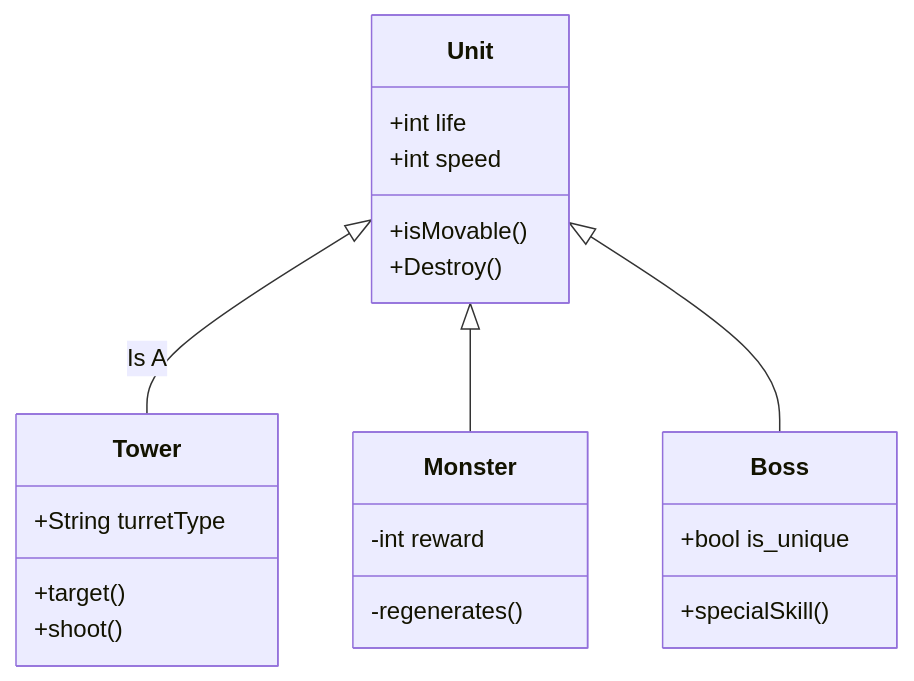
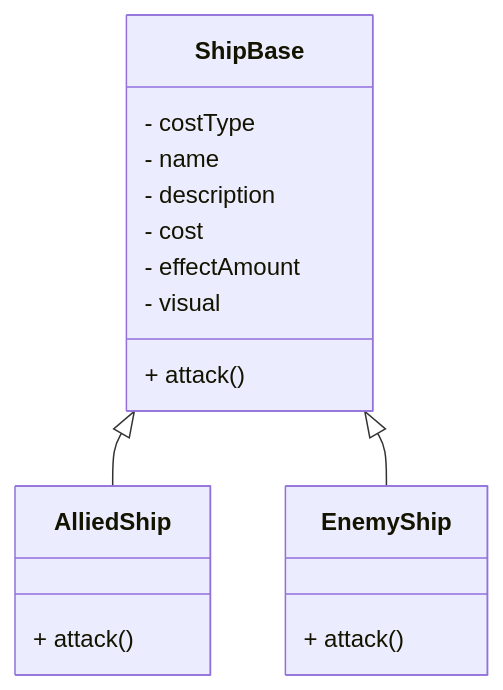
The second of 2 diagrams in README.md (Zakaria-ElGhoul/PvB-Marine), drawn with Mermaid before and after one commit.

````diff
--- a/README.md
+++ b/README.md
@@ -80,24 +80,23 @@
 ```mermaid
 classDiagram
+    class ShipBase {
+        - costType
+        - name
+        - description
+        - cost
+        - effectAmount
+        - visual
+        + attack()
+    }
 
-Unit <|-- Tower:Is A
-Unit <|-- Monster
-Unit <|-- Boss
-Unit : +int life
-Unit : +int speed
-Unit: +isMovable()
-Unit: +Destroy()
-class Tower{
-+String turretType
-+target()
-+shoot()
-}
-class Monster{
--int reward
--regenerates()
-}
-class Boss{
-+bool is_unique
-+specialSkill()
-}
+    class AlliedShip {
+        + attack()
+    }
+
+    class EnemyShip {
+        + attack()
+    }
+
+    ShipBase <|-- AlliedShip
+    ShipBase <|-- EnemyShip
 ```
````
